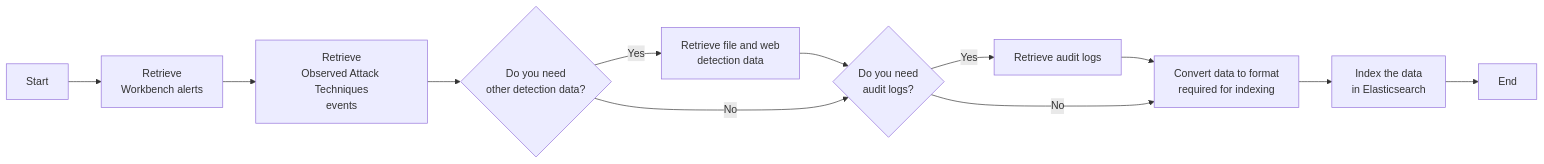
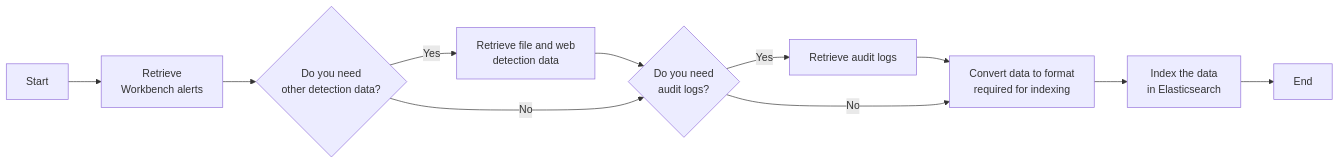
One commit to trendmicro/tm-v1-api-cookbook changed the diagram in v1-events-to-elasticsearch/README.md. Above: the diagram before and after it, drawn with Mermaid. The commit also changed other lines of this file and 27 other files, not shown here.

First line of the commit message:
let Elasticsearch not to send Observed Attack Tequnique events.

````diff
--- a/v1-events-to-elasticsearch/README.md
+++ b/v1-events-to-elasticsearch/README.md
@@ -3,14 +6,13 @@
 ```mermaid
 graph LR;
 s[Start] --> wb[Retrieve<br>Workbench alerts];
-wb --> oat[Retrieve<br>Observed Attack Techniques<br>events];
-oat --> opt{Do you need<br>other detection data?};
+wb --> opt{Do you need<br>other detection data?};
 opt -- Yes --> d[Retrieve file and web<br>detection data];
 d --> opt2{Do you need<br>audit logs?};
 opt -- No --> opt2;
 opt2 -- Yes --> audit[Retrieve audit logs];
 audit --> cd[Convert data to format<br>required for indexing];
 opt2 -- No --> cd;
 cd --> ie[Index the data<br>in Elasticsearch];
 ie --> e[End];
 ```
````
